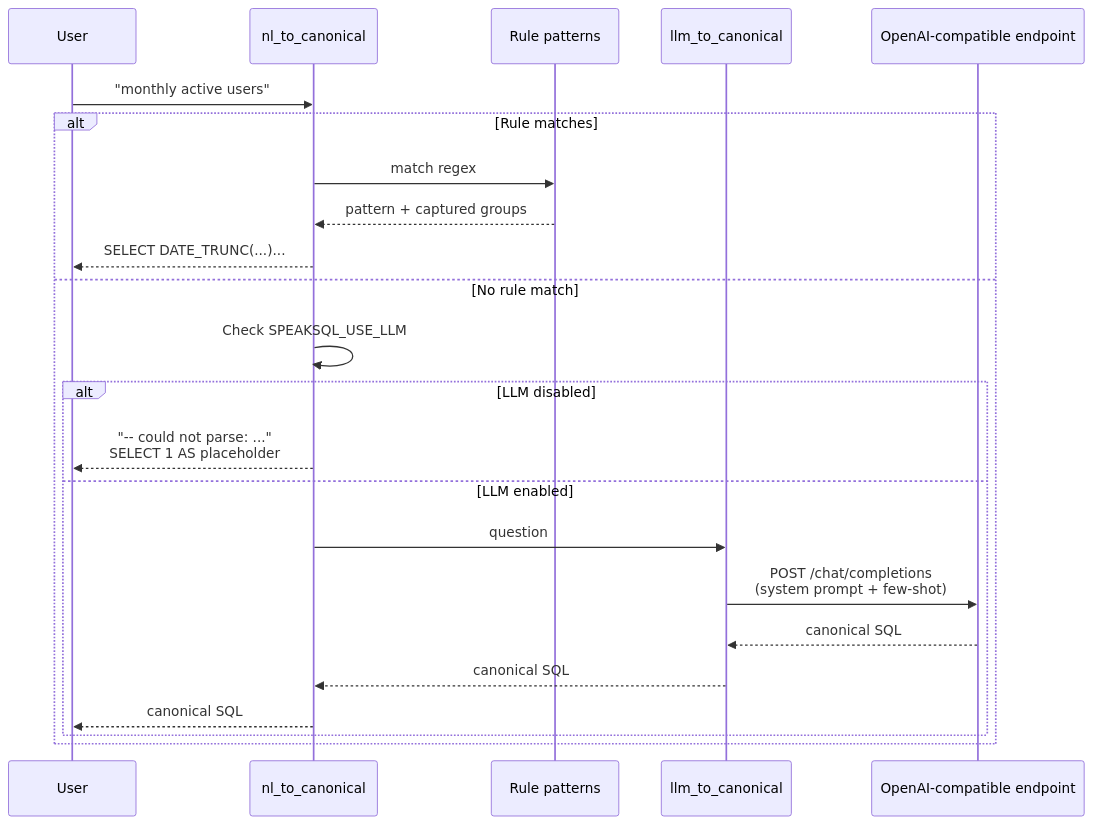
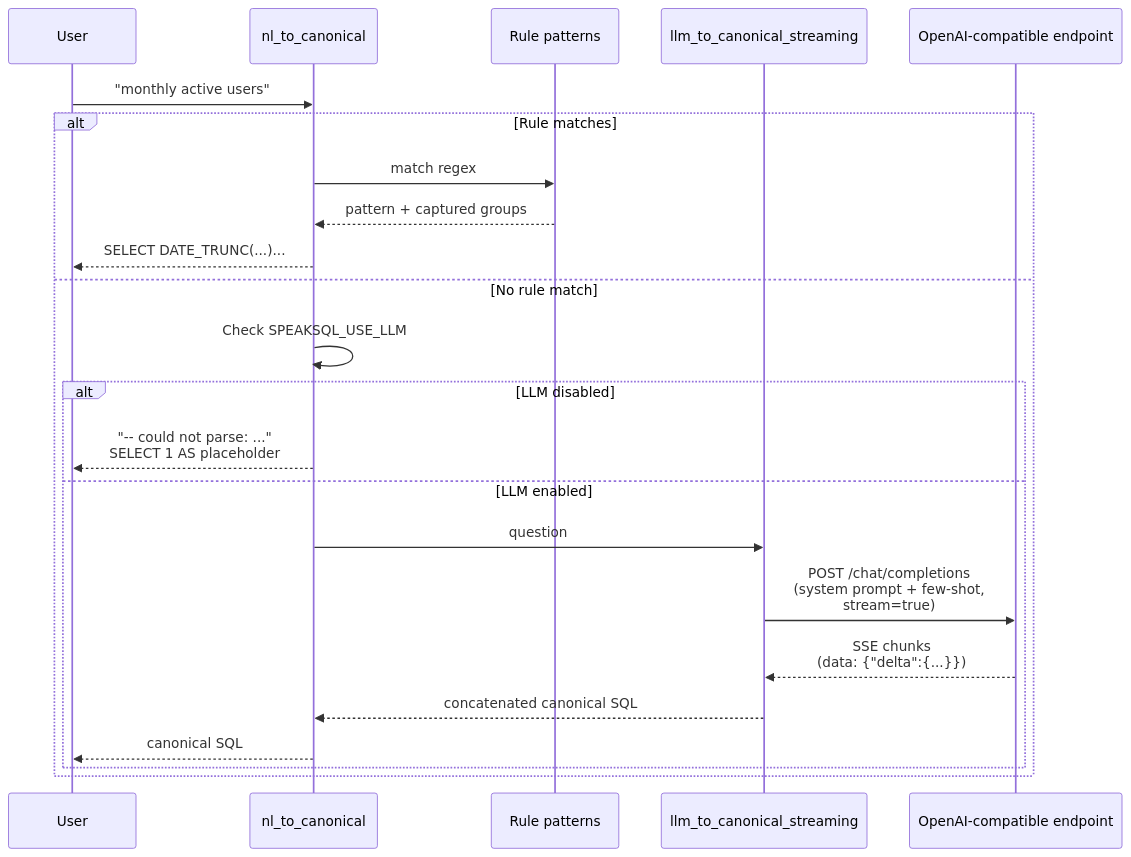
The second of 5 diagrams in README.md (rollroyces/speaksql), drawn with Mermaid before and after one commit. The commit also changed other lines of this file and 11 other files, not shown here.

First line of the commit message:
feat: streaming LLM + WebSocket /v1/ask + MySQL/SQL Server backends + NL polish

````diff
--- a/README.md
+++ b/README.md
@@ -260,26 +307,26 @@
 ```mermaid
 sequenceDiagram
     participant User
     participant NL as nl_to_canonical
     participant Rules as Rule patterns
-    participant LLM as llm_to_canonical
+    participant LLM as llm_to_canonical_streaming
     participant Provider as OpenAI-compatible endpoint
 
     User->>NL: "monthly active users"
     alt Rule matches
         NL->>Rules: match regex
         Rules-->>NL: pattern + captured groups
         NL-->>User: SELECT DATE_TRUNC(...)...
     else No rule match
         NL->>NL: Check SPEAKSQL_USE_LLM
         alt LLM disabled
             NL-->>User: "-- could not parse: ..."<br/>SELECT 1 AS placeholder
         else LLM enabled
             NL->>LLM: question
-            LLM->>Provider: POST /chat/completions<br/>(system prompt + few-shot)
-            Provider-->>LLM: canonical SQL
-            LLM-->>NL: canonical SQL
+            LLM->>Provider: POST /chat/completions<br/>(system prompt + few-shot,<br/>stream=true)
+            Provider-->>LLM: SSE chunks<br/>(data: {"delta":{...}})
+            LLM-->>NL: concatenated canonical SQL
             NL-->>User: canonical SQL
         end
     end
 ```
````
